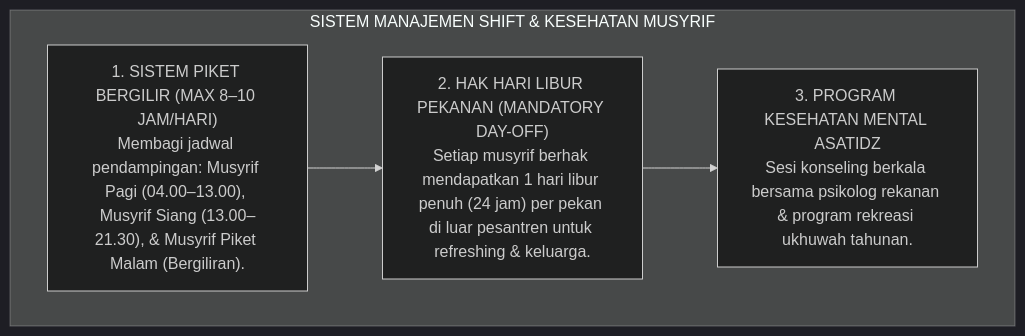
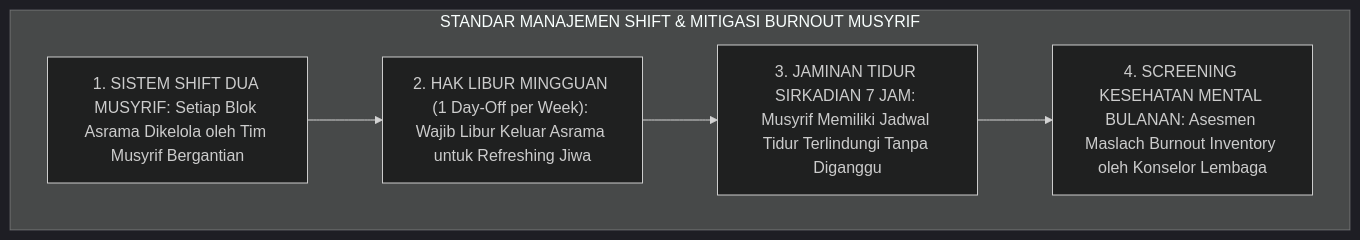
One commit to wandiapriliyandi/tumbuh changed the fourth of 4 diagrams in 01 Philosophy/05 Leadership/P1-05-02-Hakikat-Amanah-dan-Kepemimpinan-Pelayan.md. Above: the diagram before and after it, drawn with Mermaid (dark theme). The commit also changed other lines of this file and 7 other files, not shown here.

````diff
--- a/01 Philosophy/05 Leadership/P1-05-02-Hakikat-Amanah-dan-Kepemimpinan-Pelayan.md
+++ b/01 Philosophy/05 Leadership/P1-05-02-Hakikat-Amanah-dan-Kepemimpinan-Pelayan.md
@@ -302,12 +187,9 @@
 ```mermaid
-graph TD
-    subgraph StandarJamKerjaSehat["SISTEM MANAJEMEN SHIFT & KESEHATAN MUSYRIF"]
-        Shift1["1. SISTEM PIKET BERGILIR (MAX 8–10 JAM/HARI)<br/>Membagi jadwal pendampingan: Musyrif Pagi (04.00–13.00), Musyrif Siang (13.00–21.30), & Musyrif Piket Malam (Bergiliran)."]
-        
-        DayOff["2. HAK HARI LIBUR PEKANAN (MANDATORY DAY-OFF)<br/>Setiap musyrif berhak mendapatkan 1 hari libur penuh (24 jam) per pekan di luar pesantren untuk refreshing & keluarga."]
-        
-        KonselingGuru["3. PROGRAM KESEHATAN MENTAL ASATIDZ<br/>Sesi konseling berkala bersama psikolog rekanan & program rekreasi ukhuwah tahunan."]
-        
-        Shift1 --> DayOff --> KonselingGuru
+flowchart TD
+    subgraph ProtokolJamKerjaMusyrif["STANDAR MANAJEMEN SHIFT & MITIGASI BURNOUT MUSYRIF"]
+        Shift["1. SISTEM SHIFT DUA MUSYRIF: Setiap Blok Asrama Dikelola oleh Tim Musyrif Bergantian"]
+        --> Libur["2. HAK LIBUR MINGGUAN (1 Day-Off per Week): Wajib Libur Keluar Asrama untuk Refreshing Jiwa"]
+        --> JamTidur["3. JAMINAN TIDUR SIRKADIAN 7 JAM: Musyrif Memiliki Jadwal Tidur Terlindungi Tanpa Diganggu"]
+        --> EvaluasiBK["4. SCREENING KESEHATAN MENTAL BULANAN: Asesmen Maslach Burnout Inventory oleh Konselor Lembaga"]
     end
 ```
````
